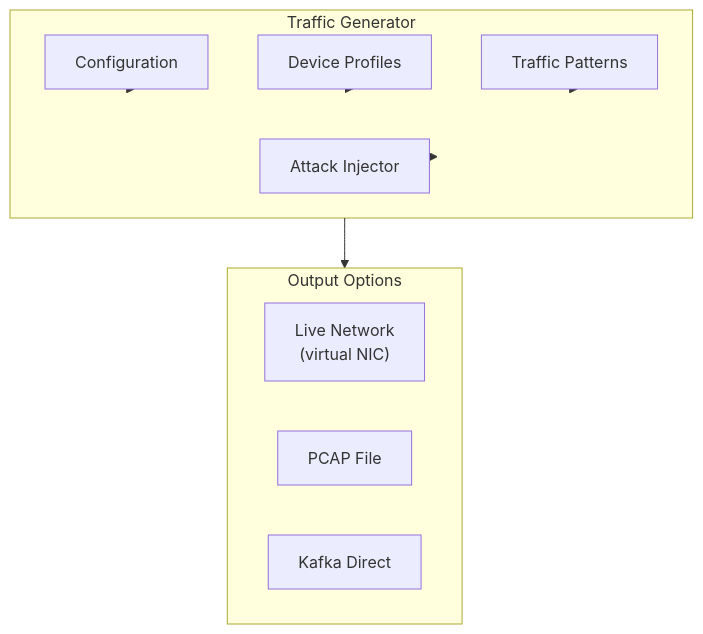
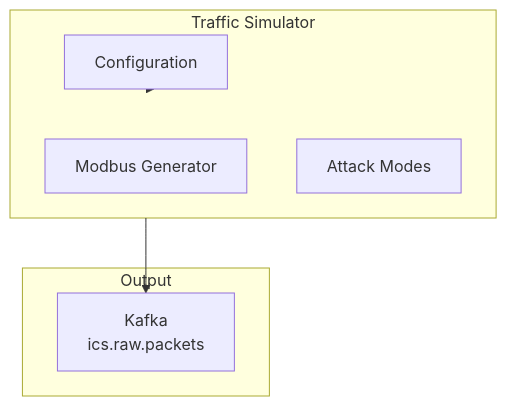
One commit to caverac/ics-anomaly-detection changed the diagram in packages/docs/docs/simulation/traffic-generator.md. Above: the diagram before and after it, drawn with Mermaid. The commit also changed other lines of this file and 35 other files, not shown here.

````diff
--- a/packages/docs/docs/simulation/traffic-generator.md
+++ b/packages/docs/docs/simulation/traffic-generator.md
@@ -11,21 +13,15 @@
 ```mermaid
 flowchart TB
-    subgraph Generator["Traffic Generator"]
+    subgraph Generator["Traffic Simulator"]
         CONFIG["Configuration"]
-        PROFILES["Device Profiles"]
-        PATTERNS["Traffic Patterns"]
-        ATTACKS["Attack Injector"]
+        MODBUS["Modbus Generator"]
+        ATTACKS["Attack Modes"]
     end
 
-    subgraph Output["Output Options"]
-        LIVE["Live Network<br/>(virtual NIC)"]
-        PCAP["PCAP File"]
-        KAFKA["Kafka Direct"]
+    subgraph Output["Output"]
+        KAFKA["Kafka<br/>ics.raw.packets"]
     end
 
     CONFIG --> Generator
-    PROFILES --> Generator
-    PATTERNS --> Generator
-    ATTACKS --> Generator
-    Generator --> Output
+    Generator --> KAFKA
 ```
````
